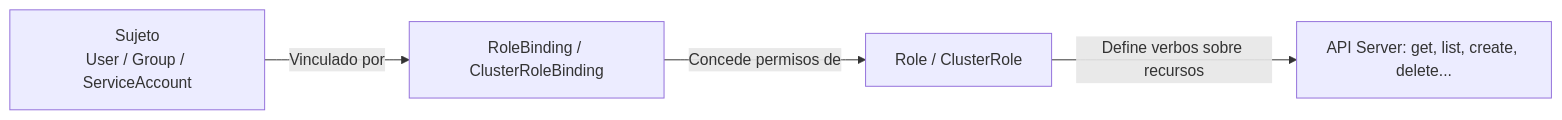
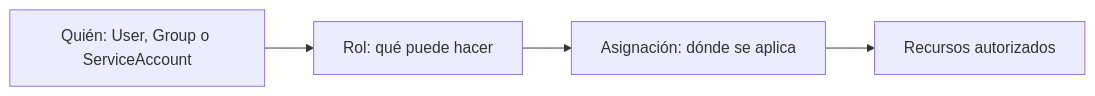
Before and after one commit to ieftraining/curso-openshift: the second of 7 diagrams in docs/sesion4/4.1 Proyectos y permisos.md, drawn with Mermaid. The commit also changed other lines of this file, not shown here.

````diff
--- a/docs/sesion4/4.1 Proyectos y permisos.md
+++ b/docs/sesion4/4.1 Proyectos y permisos.md
@@ -52,6 +57,6 @@
 ```mermaid
 flowchart LR
-    A[Sujeto<br>User / Group / ServiceAccount] -->|Vinculado por| B[RoleBinding / ClusterRoleBinding]
-    B -->|Concede permisos de| C[Role / ClusterRole]
-    C -->|Define verbos sobre recursos| D[API Server: get, list, create, delete...]
+    S[Quién: User, Group o ServiceAccount] --> R[Rol: qué puede hacer]
+    R --> B[Asignación: dónde se aplica]
+    B --> O[Recursos autorizados]
 ```
````
